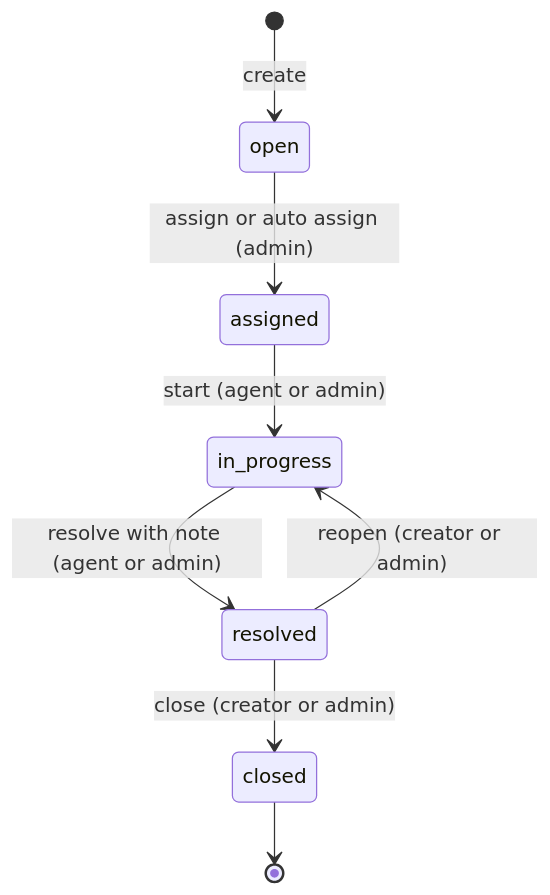
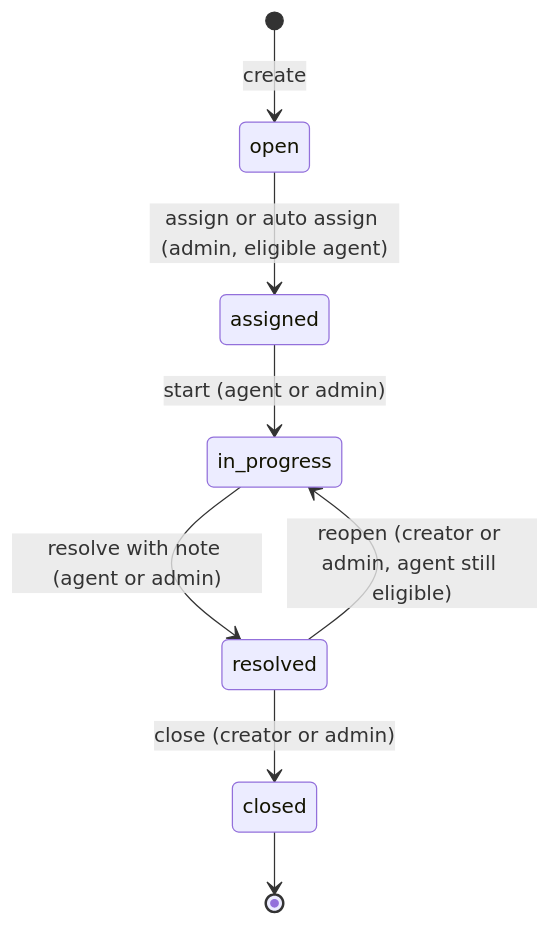
The second of 2 diagrams in docs/05-MODULE-WISE-CODE-EXPLANATION.md (Saif-Mahmud-Khan-Dourjoy/ResolveDesk), drawn with Mermaid before and after one commit. The commit also changed other lines of this file and 140 other files, not shown here.

````diff
--- a/docs/05-MODULE-WISE-CODE-EXPLANATION.md
+++ b/docs/05-MODULE-WISE-CODE-EXPLANATION.md
@@ -1340,10 +1383,10 @@
 ```mermaid
 stateDiagram-v2
     [*] --> open: create
-    open --> assigned: assign or auto assign (admin)
+    open --> assigned: assign or auto assign (admin, eligible agent)
     assigned --> in_progress: start (agent or admin)
     in_progress --> resolved: resolve with note (agent or admin)
     resolved --> closed: close (creator or admin)
-    resolved --> in_progress: reopen (creator or admin)
+    resolved --> in_progress: reopen (creator or admin, agent still eligible)
     closed --> [*]
 ```
````
